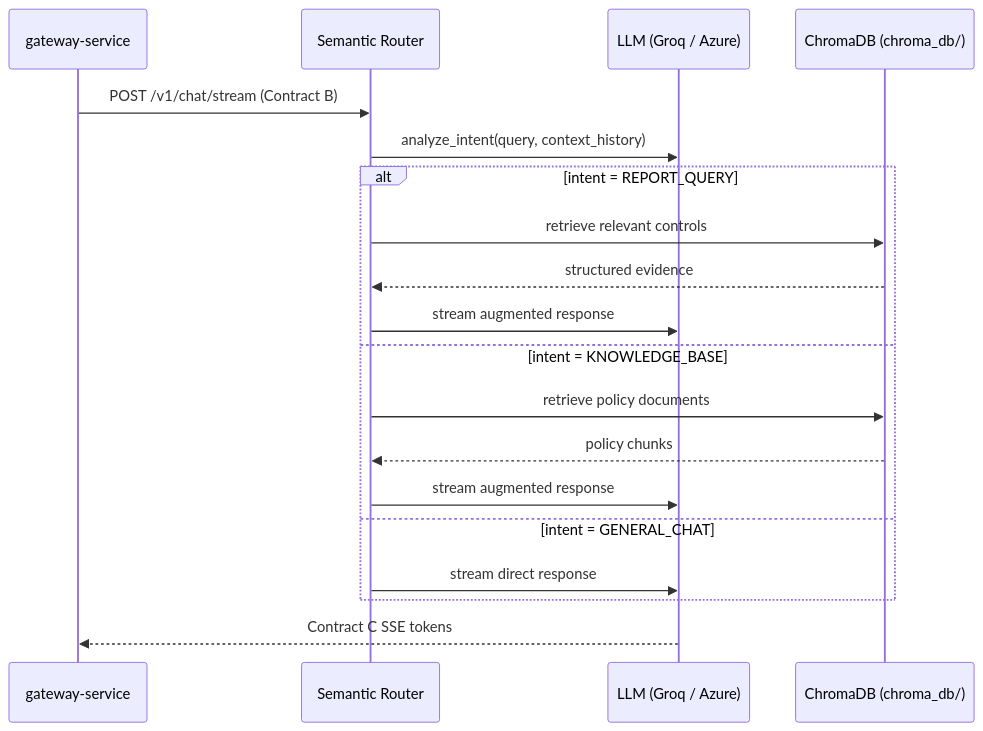
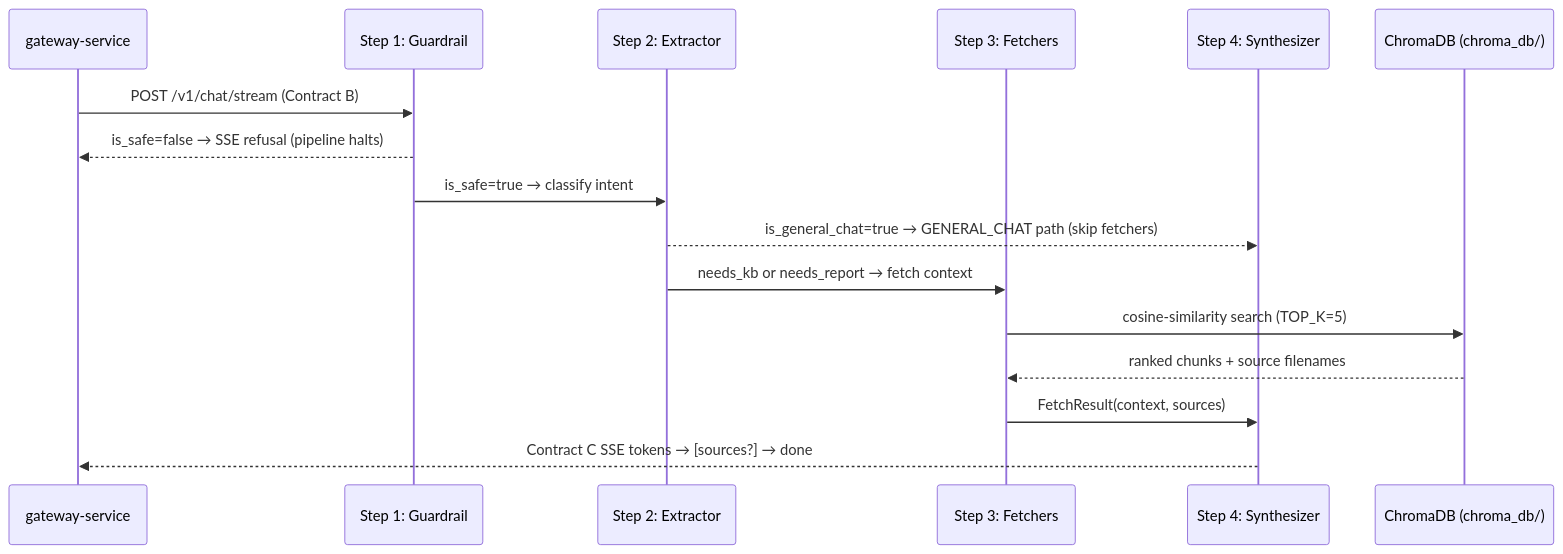
The diagram in ai-service/README.md (Manavagarwal2703/compliance-overlay), drawn with Mermaid before and after one commit. The commit also changed other lines of this file and 3 other files, not shown here.

````diff
--- a/ai-service/README.md
+++ b/ai-service/README.md
@@ -9,22 +9,19 @@
 ```mermaid
 sequenceDiagram
   participant G as gateway-service
-  participant R as Semantic Router
-  participant LLM as LLM (Groq / Azure)
+  participant GUARD as Step 1: Guardrail
+  participant EXTRACT as Step 2: Extractor
+  participant FETCH as Step 3: Fetchers
+  participant SYNTH as Step 4: Synthesizer
   participant C as ChromaDB (chroma_db/)
 
-  G->>R: POST /v1/chat/stream (Contract B)
-  R->>LLM: analyze_intent(query, context_history)
-  alt intent = REPORT_QUERY
-    R->>C: retrieve relevant controls
-    C-->>R: structured evidence
-    R->>LLM: stream augmented response
-  else intent = KNOWLEDGE_BASE
-    R->>C: retrieve policy documents
-    C-->>R: policy chunks
-    R->>LLM: stream augmented response
-  else intent = GENERAL_CHAT
-    R->>LLM: stream direct response
-  end
-  LLM-->>G: Contract C SSE tokens
+  G->>GUARD: POST /v1/chat/stream (Contract B)
+  GUARD-->>G: is_safe=false → SSE refusal (pipeline halts)
+  GUARD->>EXTRACT: is_safe=true → classify intent
+  EXTRACT-->>SYNTH: is_general_chat=true → GENERAL_CHAT path (skip fetchers)
+  EXTRACT->>FETCH: needs_kb or needs_report → fetch context
+  FETCH->>C: cosine-similarity search (TOP_K=5)
+  C-->>FETCH: ranked chunks + source filenames
+  FETCH->>SYNTH: FetchResult(context, sources)
+  SYNTH-->>G: Contract C SSE tokens → [sources?] → done
 ```
````
